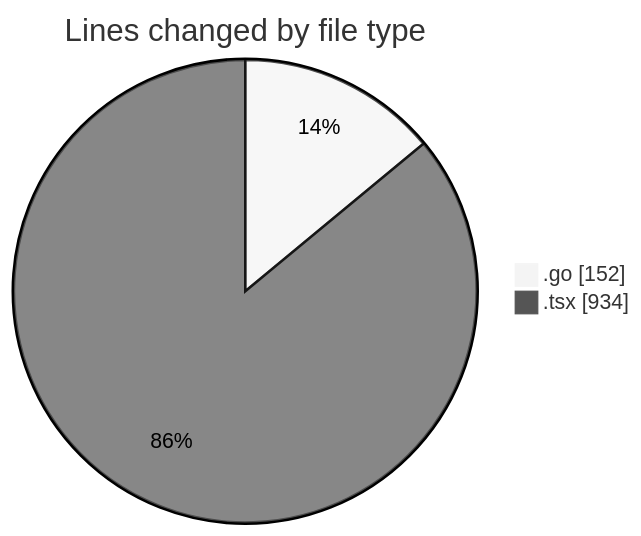
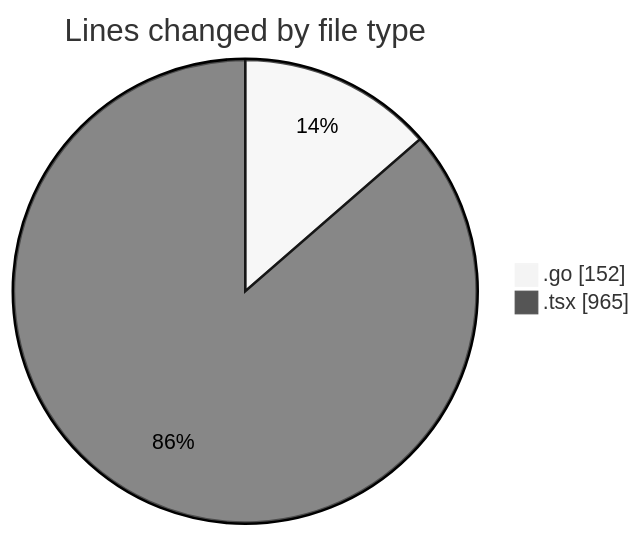
Before and after one commit to robertbonfada/code-tracking: the first of 2 diagrams in 2025-03-05/termonied_testador/README.md, drawn with Mermaid (neutral theme). The commit also changed other lines of this file and 1 other file, not shown here.

````diff
--- a/2025-03-05/termonied_testador/README.md
+++ b/2025-03-05/termonied_testador/README.md
@@ -23,6 +23,6 @@
 ```mermaid
 pie showData
 title Lines changed by file type
 ".go" : 152
-".tsx" : 934
+".tsx" : 965
 ```
````
